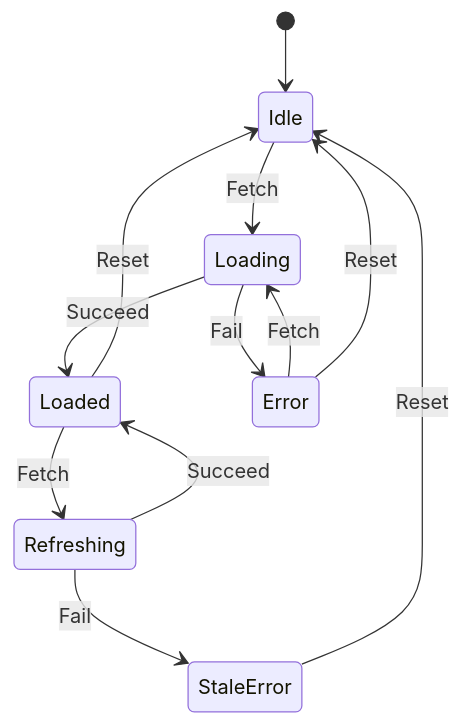
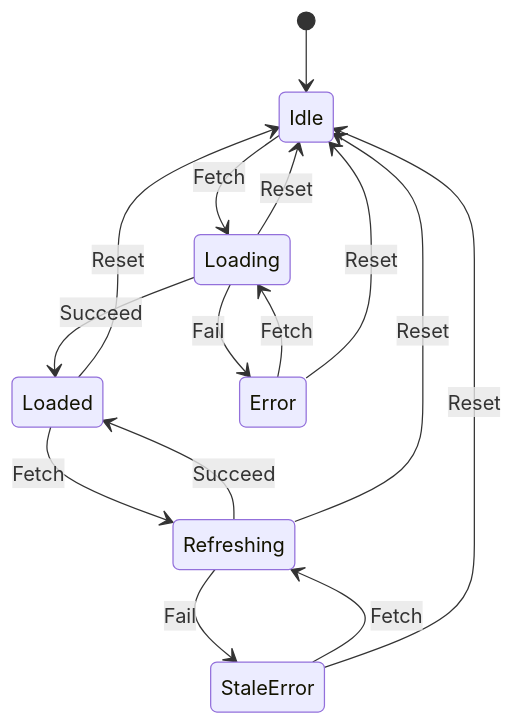
Before and after one commit to epatel/agent-skills: the diagram in state-machines/SKILL.md, drawn with Mermaid. The commit also changed other lines of this file and 8 other files, not shown here.

````diff
--- a/state-machines/SKILL.md
+++ b/state-machines/SKILL.md
@@ -72,14 +40,17 @@
 ```mermaid
 stateDiagram-v2
     [*] --> Idle
     Idle --> Loading: Fetch
     Loading --> Loaded: Succeed
     Loading --> Error: Fail
     Loaded --> Refreshing: Fetch
     Refreshing --> Loaded: Succeed
     Refreshing --> StaleError: Fail
     Error --> Loading: Fetch
+    StaleError --> Refreshing: Fetch
+    Loading --> Idle: Reset
     Loaded --> Idle: Reset
+    Refreshing --> Idle: Reset
     Error --> Idle: Reset
     StaleError --> Idle: Reset
 ```
````
